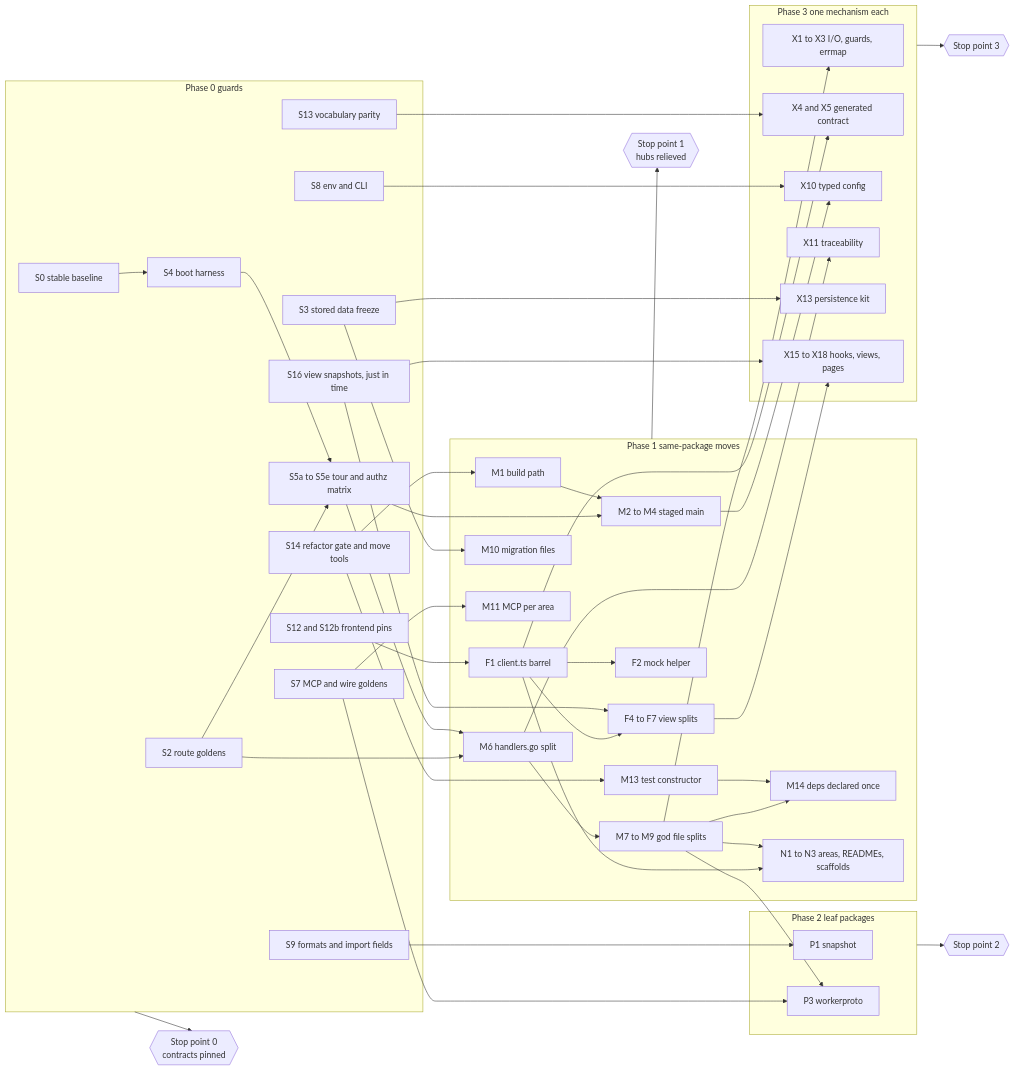
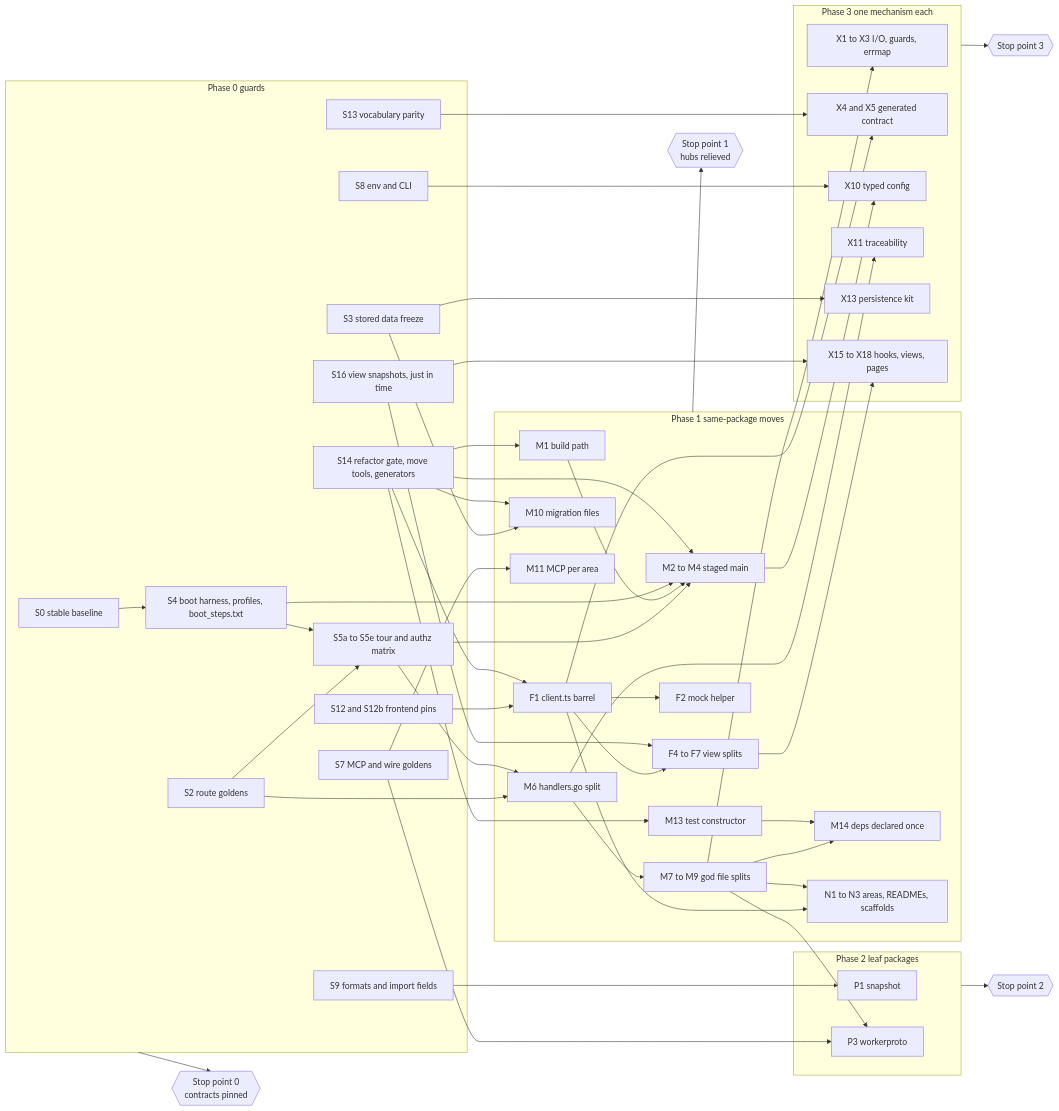
The fifth of 6 diagrams in docs/plans/codebase-refactor.md (desktopmachineshop/OpenV), drawn with Mermaid before and after one commit. The commit also changed other lines of this file and 6 other files, not shown here.

```diff
--- a/docs/plans/codebase-refactor.md
+++ b/docs/plans/codebase-refactor.md
@@ -452,10 +490,10 @@
 flowchart LR
   subgraph PH0["Phase 0 guards"]
     S0["S0 stable baseline"]
-    S14["S14 refactor gate and move tools"]
+    S14["S14 refactor gate, move tools, generators"]
     S2["S2 route goldens"]
     S3["S3 stored data freeze"]
-    S4["S4 boot harness"]
+    S4["S4 boot harness, profiles, boot_steps.txt"]
     S5["S5a to S5e tour and authz matrix"]
     S7["S7 MCP and wire goldens"]
     S8["S8 env and CLI"]
@@ -499,6 +537,10 @@
   S2 --> S5
   S14 --> M1
   S14 --> M13
+  S14 --> M4
+  S14 --> M10
+  S14 --> F1
+  S4 --> M4
   S3 --> M10
   S7 --> M11
   M1 --> M4
```
